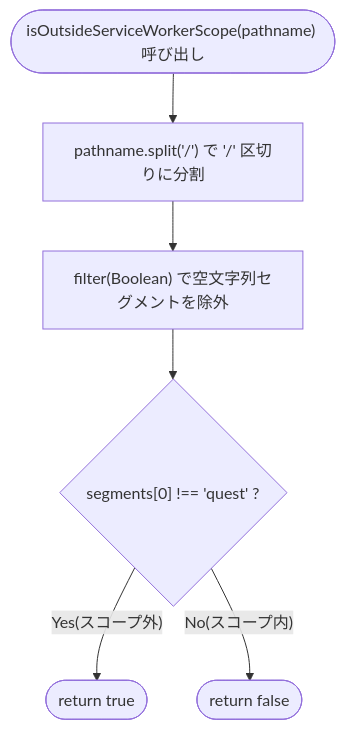
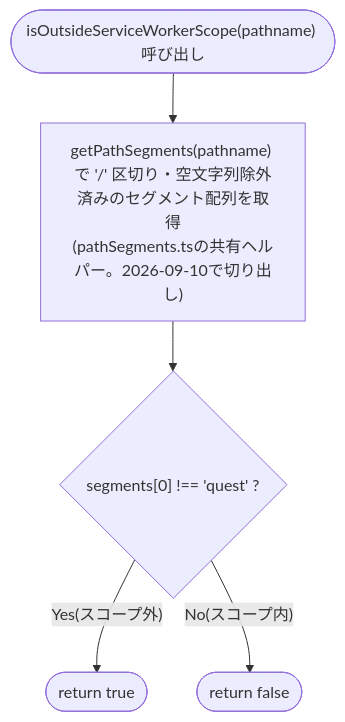
Before and after one commit to mmtigers/my_python_project: the first of 3 diagrams in docs/specifications/family-quest/src/lib/outOfScopeReload.md, drawn with Mermaid. The commit also changed other lines of this file and 8 other files, not shown here.

First line of the commit message:
family-quest: outOfScopeReloadのベースライン消失バグを修正 (#613)

````diff
--- a/docs/specifications/family-quest/src/lib/outOfScopeReload.md
+++ b/docs/specifications/family-quest/src/lib/outOfScopeReload.md
@@ -85,8 +86,7 @@
 ```mermaid
 flowchart TD
-    Start(["isOutsideServiceWorkerScope(pathname) 呼び出し"]) --> Split["pathname.split('/') で '/' 区切りに分割"]
-    Split --> FilterEmpty["filter(Boolean) で空文字列セグメントを除外"]
-    FilterEmpty --> CheckQuest{"segments[0] !== 'quest' ?"}
+    Start(["isOutsideServiceWorkerScope(pathname) 呼び出し"]) --> GetSegments["getPathSegments(pathname) で '/' 区切り・空文字列除外済みのセグメント配列を取得<br>(pathSegments.tsの共有ヘルパー。2026-09-10で切り出し)"]
+    GetSegments --> CheckQuest{"segments[0] !== 'quest' ?"}
     CheckQuest -- Yes(スコープ外) --> ReturnTrue(["return true"])
     CheckQuest -- No(スコープ内) --> ReturnFalse(["return false"])
 ```
````
